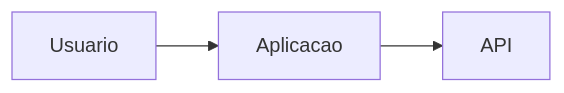
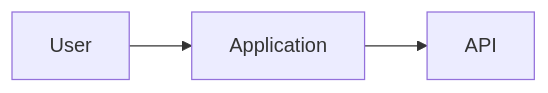
One commit to paitoweb/plan-docs-standardization changed the diagram in assets/templates/docs/ARCHITECTURE.md. Above: the diagram before and after it, drawn with Mermaid. The commit also changed other lines of this file and 18 other files, not shown here.

````diff
--- a/assets/templates/docs/ARCHITECTURE.md
+++ b/assets/templates/docs/ARCHITECTURE.md
@@ -20,5 +20,5 @@
 ```mermaid
 flowchart LR
-    U[Usuario] --> A[Aplicacao]
+    U[User] --> A[Application]
     A --> B[API]
 ```
````
